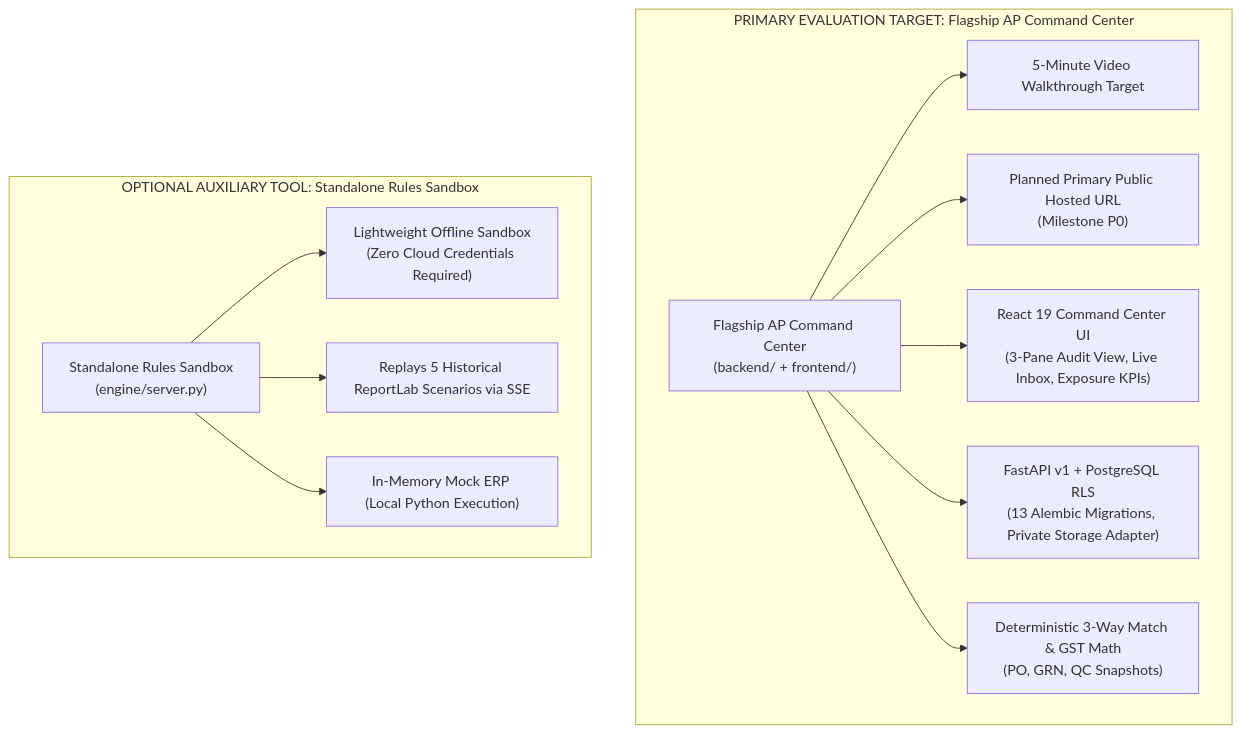
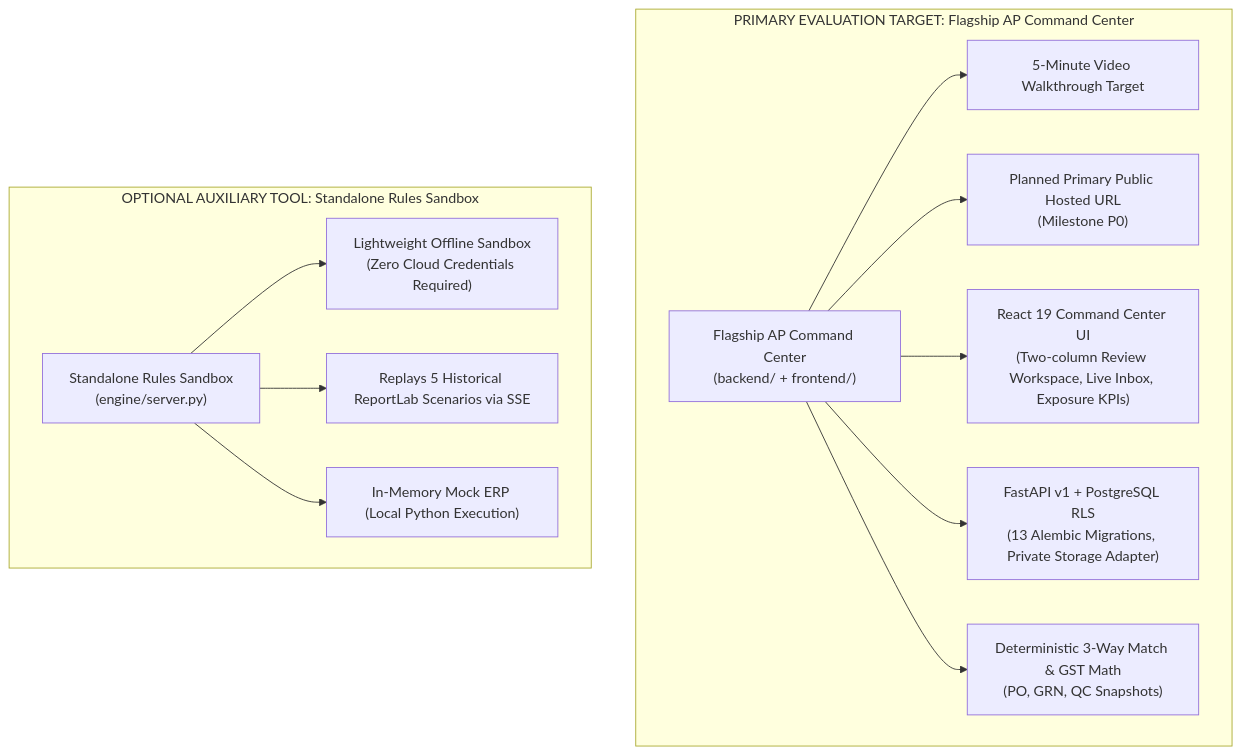
One commit to neerajs22is-ux/Zamp-Case-Study-PS-1 changed the diagram in docs/CASE_STUDY_PRODUCT_STRATEGY.md. Above: the diagram before and after it, drawn with Mermaid. The commit also changed 6 other files, not shown here.

````diff
--- a/docs/CASE_STUDY_PRODUCT_STRATEGY.md
+++ b/docs/CASE_STUDY_PRODUCT_STRATEGY.md
@@ -16,18 +16,18 @@
 ```mermaid
 flowchart TD
     subgraph Primary ["PRIMARY EVALUATION TARGET: Flagship AP Command Center"]
         A["Flagship AP Command Center<br/>(backend/ + frontend/)"]
         A --> B["5-Minute Video Walkthrough Target"]
         A --> C["Planned Primary Public Hosted URL<br/>(Milestone P0)"]
-        A --> D["React 19 Command Center UI<br/>(3-Pane Audit View, Live Inbox, Exposure KPIs)"]
+        A --> D["React 19 Command Center UI<br/>(Two-column Review Workspace, Live Inbox, Exposure KPIs)"]
         A --> E["FastAPI v1 + PostgreSQL RLS<br/>(13 Alembic Migrations, Private Storage Adapter)"]
         A --> F["Deterministic 3-Way Match & GST Math<br/>(PO, GRN, QC Snapshots)"]
     end
 
     subgraph Secondary ["OPTIONAL AUXILIARY TOOL: Standalone Rules Sandbox"]
         S["Standalone Rules Sandbox<br/>(engine/server.py)"]
         S --> S1["Lightweight Offline Sandbox<br/>(Zero Cloud Credentials Required)"]
         S --> S2["Replays 5 Historical ReportLab Scenarios via SSE"]
         S --> S3["In-Memory Mock ERP (Local Python Execution)"]
     end
 ```
````
